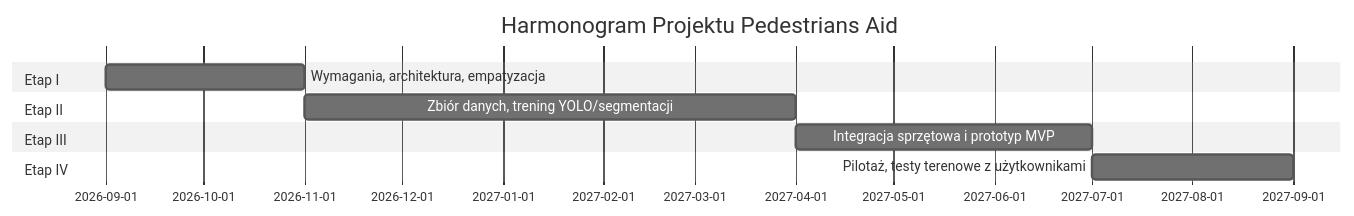
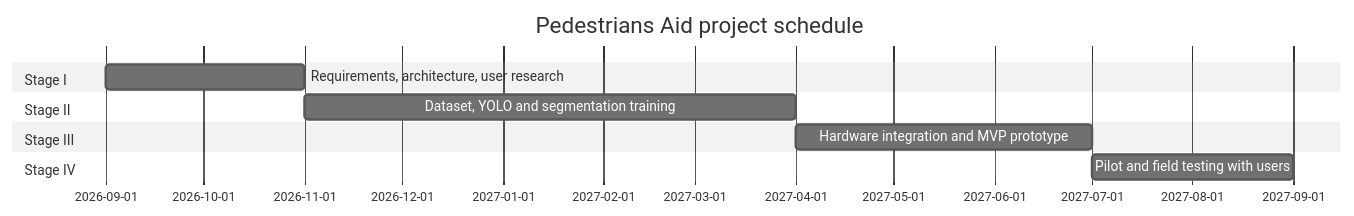
One commit to czarniecka/pedestrian-signals changed the second of 2 diagrams in docs/SPECIFICATION.md. Above: the diagram before and after it, drawn with Mermaid (neutral theme). The commit also changed other lines of this file and 48 other files, not shown here.

````diff
--- a/docs/SPECIFICATION.md
+++ b/docs/SPECIFICATION.md
@@ -70,13 +71,13 @@
 ```mermaid
 gantt
-    title Harmonogram Projektu Pedestrians Aid
-    dateFormat  YYYY-MM
-    section Etap I
-    Wymagania, architektura, empatyzacja :a1, 2026-09, 2M
-    section Etap II
-    Zbiór danych, trening YOLO/segmentacji :a2, after a1, 5M
-    section Etap III
-    Integracja sprzętowa i prototyp MVP :a3, after a2, 3M
-    section Etap IV
-    Pilotaż, testy terenowe z użytkownikami :a4, after a3, 2M
+    title Pedestrians Aid project schedule
+    dateFormat YYYY-MM
+    section Stage I
+    Requirements, architecture, user research :a1, 2026-09, 2M
+    section Stage II
+    Dataset, YOLO and segmentation training :a2, after a1, 5M
+    section Stage III
+    Hardware integration and MVP prototype :a3, after a2, 3M
+    section Stage IV
+    Pilot and field testing with users :a4, after a3, 2M
 ```
````
